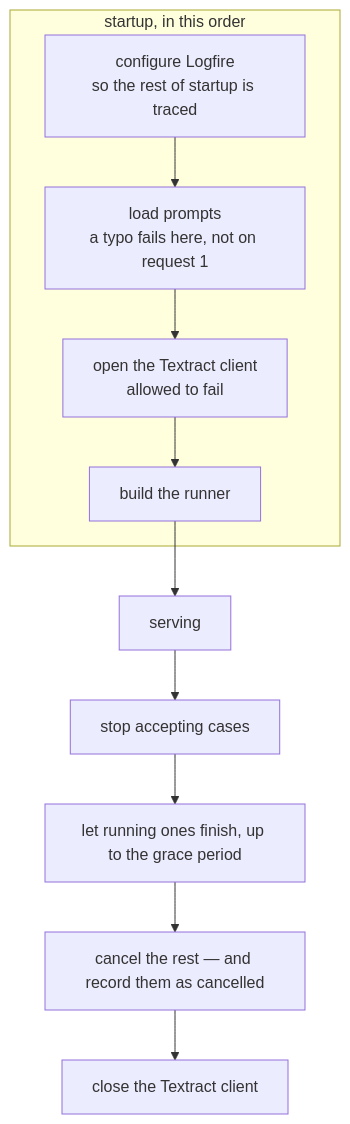
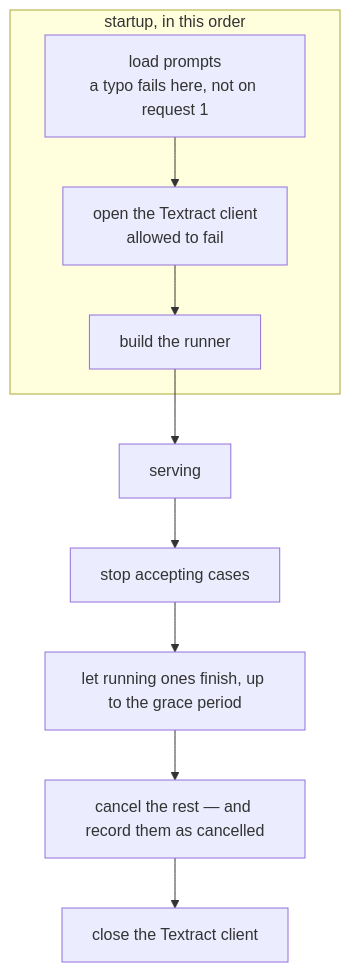
One commit to selvakumarperumal/Trade_Finance_Doc_Mismatch_Detector changed the fifth of 5 diagrams in backend/Detector/api/README.md. Above: the diagram before and after it, drawn with Mermaid. The commit also changed other lines of this file and 30 other files, not shown here.

````diff
--- a/backend/Detector/api/README.md
+++ b/backend/Detector/api/README.md
@@ -360,15 +435,14 @@
 ```mermaid
 flowchart TD
     subgraph START["startup, in this order"]
-        S1["configure Logfire<br/>so the rest of startup is traced"]
-        S2["load prompts<br/>a typo fails here, not on request 1"]
-        S3["open the Textract client<br/>allowed to fail"]
-        S4["build the runner"]
-        S1 --> S2 --> S3 --> S4
+        S1["load prompts<br/>a typo fails here, not on request 1"]
+        S2["open the Textract client<br/>allowed to fail"]
+        S3["build the runner"]
+        S1 --> S2 --> S3
     end
-    S4 --> SERVE["serving"]
+    S3 --> SERVE["serving"]
     SERVE --> D1["stop accepting cases"]
     D1 --> D2["let running ones finish, up to the grace period"]
     D2 --> D3["cancel the rest — and record them as cancelled"]
     D3 --> D4["close the Textract client"]
 ```
````
